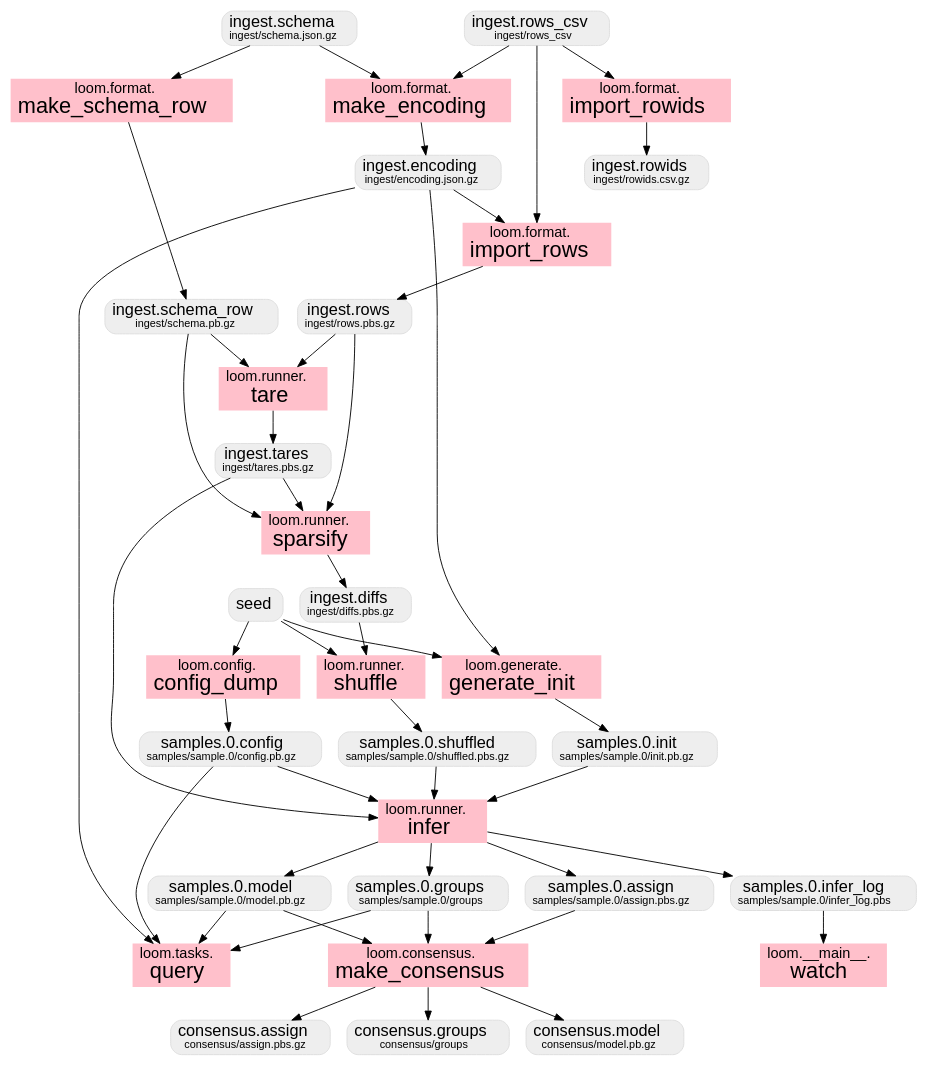
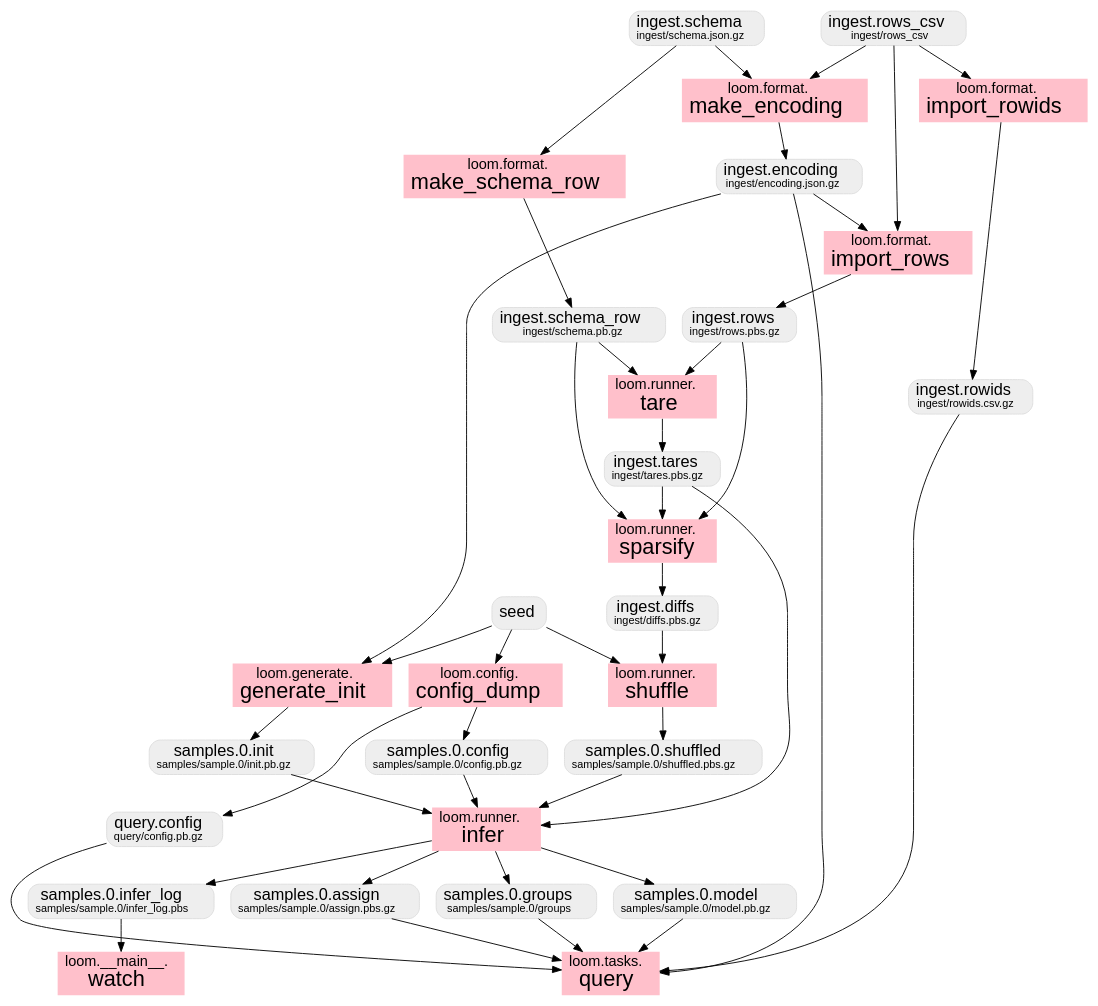
One commit to priorknowledge/loom changed the diagram in doc/dataflow.dot. Above: the diagram before and after it, drawn with Graphviz. The commit also changed 4 other files, not shown here.

Commit message:
Update dataflow diagram

```diff
--- a/doc/dataflow.dot
+++ b/doc/dataflow.dot
@@ -1,100 +1,94 @@
 // this file was generated by loom/documented.py
 digraph G {
   overlap=false;
   graph [fontname = "helvetica"];
   node [fontname = "helvetica"];
   edge [fontname = "helvetica"];
 
   // data
   {
     node [
       shape=Mrecord,
       style="filled",
       color="#dddddd",
       fillcolor="#eeeeee"
     ];
-    consensus_assign [label=<<FONT POINT-SIZE="18">consensus.assign</FONT><BR/><FONT POINT-SIZE="12">consensus/assign.pbs.gz</FONT>>];
-    consensus_groups [label=<<FONT POINT-SIZE="18">consensus.groups</FONT><BR/><FONT POINT-SIZE="12">consensus/groups</FONT>>];
-    consensus_model [label=<<FONT POINT-SIZE="18">consensus.model</FONT><BR/><FONT POINT-SIZE="12">consensus/model.pb.gz</FONT>>];
     ingest_diffs [label=<<FONT POINT-SIZE="18">ingest.diffs</FONT><BR/><FONT POINT-SIZE="12">ingest/diffs.pbs.gz</FONT>>];
     ingest_encoding [label=<<FONT POINT-SIZE="18">ingest.encoding</FONT><BR/><FONT POINT-SIZE="12">ingest/encoding.json.gz</FONT>>];
     ingest_rowids [label=<<FONT POINT-SIZE="18">ingest.rowids</FONT><BR/><FONT POINT-SIZE="12">ingest/rowids.csv.gz</FONT>>];
     ingest_rows [label=<<FONT POINT-SIZE="18">ingest.rows</FONT><BR/><FONT POINT-SIZE="12">ingest/rows.pbs.gz</FONT>>];
     ingest_rows_csv [label=<<FONT POINT-SIZE="18">ingest.rows_csv</FONT><BR/><FONT POINT-SIZE="12">ingest/rows_csv</FONT>>];
     ingest_schema [label=<<FONT POINT-SIZE="18">ingest.schema</FONT><BR/><FONT POINT-SIZE="12">ingest/schema.json.gz</FONT>>];
     ingest_schema_row [label=<<FONT POINT-SIZE="18">ingest.schema_row</FONT><BR/><FONT POINT-SIZE="12">ingest/schema.pb.gz</FONT>>];
     ingest_tares [label=<<FONT POINT-SIZE="18">ingest.tares</FONT><BR/><FONT POINT-SIZE="12">ingest/tares.pbs.gz</FONT>>];
+    query_config [label=<<FONT POINT-SIZE="18">query.config</FONT><BR/><FONT POINT-SIZE="12">query/config.pb.gz</FONT>>];
     samples_0_assign [label=<<FONT POINT-SIZE="18">samples.0.assign</FONT><BR/><FONT POINT-SIZE="12">samples/sample.0/assign.pbs.gz</FONT>>];
     samples_0_config [label=<<FONT POINT-SIZE="18">samples.0.config</FONT><BR/><FONT POINT-SIZE="12">samples/sample.0/config.pb.gz</FONT>>];
     samples_0_groups [label=<<FONT POINT-SIZE="18">samples.0.groups</FONT><BR/><FONT POINT-SIZE="12">samples/sample.0/groups</FONT>>];
     samples_0_infer_log [label=<<FONT POINT-SIZE="18">samples.0.infer_log</FONT><BR/><FONT POINT-SIZE="12">samples/sample.0/infer_log.pbs</FONT>>];
     samples_0_init [label=<<FONT POINT-SIZE="18">samples.0.init</FONT><BR/><FONT POINT-SIZE="12">samples/sample.0/init.pb.gz</FONT>>];
     samples_0_model [label=<<FONT POINT-SIZE="18">samples.0.model</FONT><BR/><FONT POINT-SIZE="12">samples/sample.0/model.pb.gz</FONT>>];
     samples_0_shuffled [label=<<FONT POINT-SIZE="18">samples.0.shuffled</FONT><BR/><FONT POINT-SIZE="12">samples/sample.0/shuffled.pbs.gz</FONT>>];
     seed [label=<<FONT POINT-SIZE="18">seed</FONT>>];
   }
 
   // transforms
   {
     node [shape=box, style="filled,setlinewidth(0)"];
 
     watch [label=<<FONT POINT-SIZE="16">loom.__main__.</FONT><BR/><FONT POINT-SIZE="24">watch</FONT>>, fillcolor=pink];
     config_dump [label=<<FONT POINT-SIZE="16">loom.config.</FONT><BR/><FONT POINT-SIZE="24">config_dump</FONT>>, fillcolor=pink];
-    make_consensus [label=<<FONT POINT-SIZE="16">loom.consensus.</FONT><BR/><FONT POINT-SIZE="24">make_consensus</FONT>>, fillcolor=pink];
     import_rowids [label=<<FONT POINT-SIZE="16">loom.format.</FONT><BR/><FONT POINT-SIZE="24">import_rowids</FONT>>, fillcolor=pink];
     import_rows [label=<<FONT POINT-SIZE="16">loom.format.</FONT><BR/><FONT POINT-SIZE="24">import_rows</FONT>>, fillcolor=pink];
     make_encoding [label=<<FONT POINT-SIZE="16">loom.format.</FONT><BR/><FONT POINT-SIZE="24">make_encoding</FONT>>, fillcolor=pink];
     make_schema_row [label=<<FONT POINT-SIZE="16">loom.format.</FONT><BR/><FONT POINT-SIZE="24">make_schema_row</FONT>>, fillcolor=pink];
     generate_init [label=<<FONT POINT-SIZE="16">loom.generate.</FONT><BR/><FONT POINT-SIZE="24">generate_init</FONT>>, fillcolor=pink];
     infer [label=<<FONT POINT-SIZE="16">loom.runner.</FONT><BR/><FONT POINT-SIZE="24">infer</FONT>>, fillcolor=pink];
     shuffle [label=<<FONT POINT-SIZE="16">loom.runner.</FONT><BR/><FONT POINT-SIZE="24">shuffle</FONT>>, fillcolor=pink];
     sparsify [label=<<FONT POINT-SIZE="16">loom.runner.</FONT><BR/><FONT POINT-SIZE="24">sparsify</FONT>>, fillcolor=pink];
     tare [label=<<FONT POINT-SIZE="16">loom.runner.</FONT><BR/><FONT POINT-SIZE="24">tare</FONT>>, fillcolor=pink];
     query [label=<<FONT POINT-SIZE="16">loom.tasks.</FONT><BR/><FONT POINT-SIZE="24">query</FONT>>, fillcolor=pink];
 
     samples_0_infer_log -> watch [weight=1.0];
     seed -> config_dump [weight=1.0];
     config_dump -> samples_0_config [weight=1.0];
-    samples_0_model -> make_consensus [weight=1.0];
-    samples_0_groups -> make_consensus [weight=1.0];
-    samples_0_assign -> make_consensus [weight=1.0];
-    make_consensus -> consensus_model [weight=1.0];
-    make_consensus -> consensus_groups [weight=1.0];
-    make_consensus -> consensus_assign [weight=1.0];
+    config_dump -> query_config [weight=1.0];
     ingest_rows_csv -> import_rowids [weight=1.0];
     import_rowids -> ingest_rowids [weight=1.0];
     ingest_encoding -> import_rows [weight=1.0];
     ingest_rows_csv -> import_rows [weight=1.0];
     import_rows -> ingest_rows [weight=1.0];
     ingest_schema -> make_encoding [weight=1.0];
     ingest_rows_csv -> make_encoding [weight=1.0];
     make_encoding -> ingest_encoding [weight=1.0];
     ingest_schema -> make_schema_row [weight=1.0];
     make_schema_row -> ingest_schema_row [weight=1.0];
     ingest_encoding -> generate_init [weight=1.0];
     seed -> generate_init [weight=1.0];
     generate_init -> samples_0_init [weight=1.0];
     samples_0_config -> infer [weight=1.0];
     samples_0_shuffled -> infer [weight=1.0];
     ingest_tares -> infer [weight=1.0];
     samples_0_init -> infer [weight=1.0];
     infer -> samples_0_model [weight=1.0];
     infer -> samples_0_groups [weight=1.0];
     infer -> samples_0_assign [weight=1.0];
     infer -> samples_0_infer_log [weight=1.0];
     ingest_diffs -> shuffle [weight=1.0];
     seed -> shuffle [weight=1.0];
     shuffle -> samples_0_shuffled [weight=1.0];
     ingest_schema_row -> sparsify [weight=1.0];
     ingest_tares -> sparsify [weight=1.0];
     ingest_rows -> sparsify [weight=1.0];
     sparsify -> ingest_diffs [weight=1.0];
     ingest_schema_row -> tare [weight=1.0];
     ingest_rows -> tare [weight=1.0];
     tare -> ingest_tares [weight=1.0];
     ingest_encoding -> query [weight=1.0];
-    samples_0_config -> query [weight=1.0];
+    ingest_rowids -> query [weight=1.0];
+    query_config -> query [weight=1.0];
     samples_0_model -> query [weight=1.0];
     samples_0_groups -> query [weight=1.0];
+    samples_0_assign -> query [weight=1.0];
   }
 }
```
